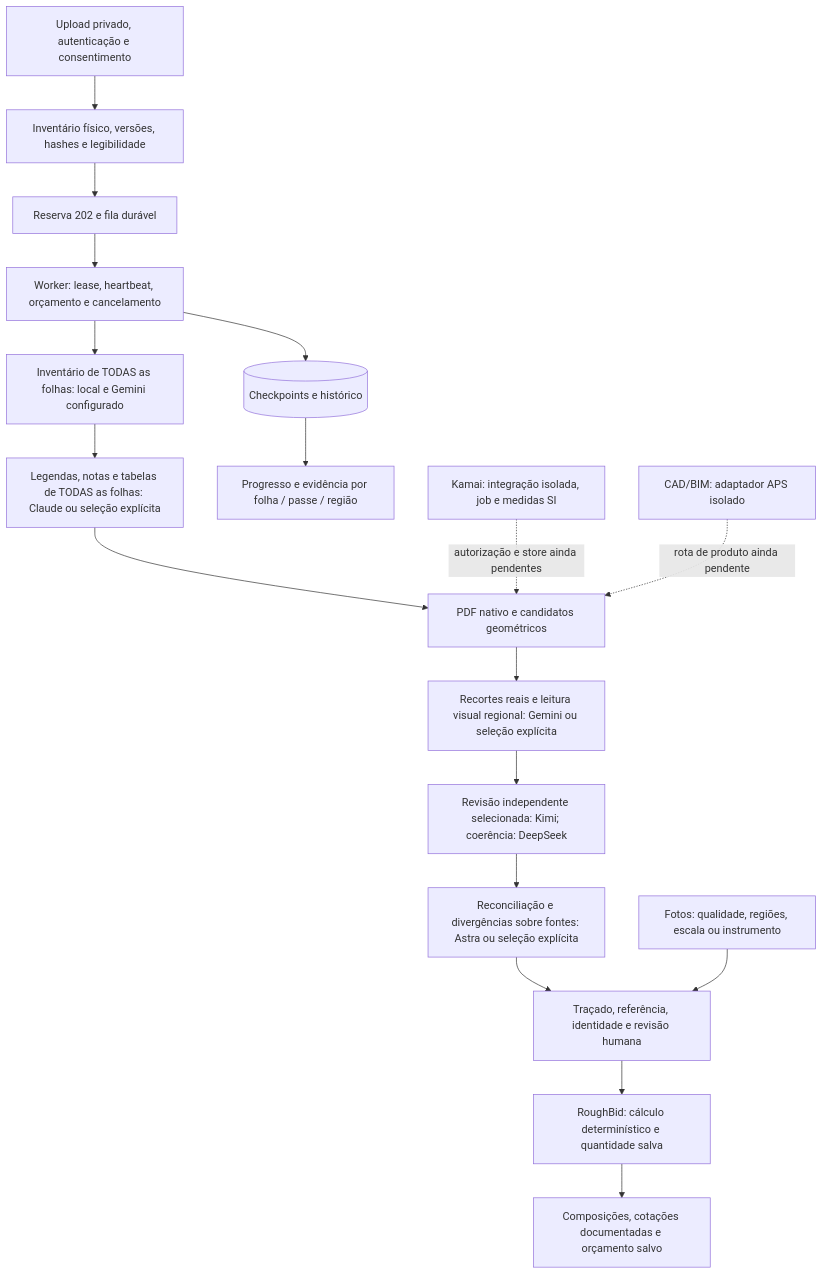
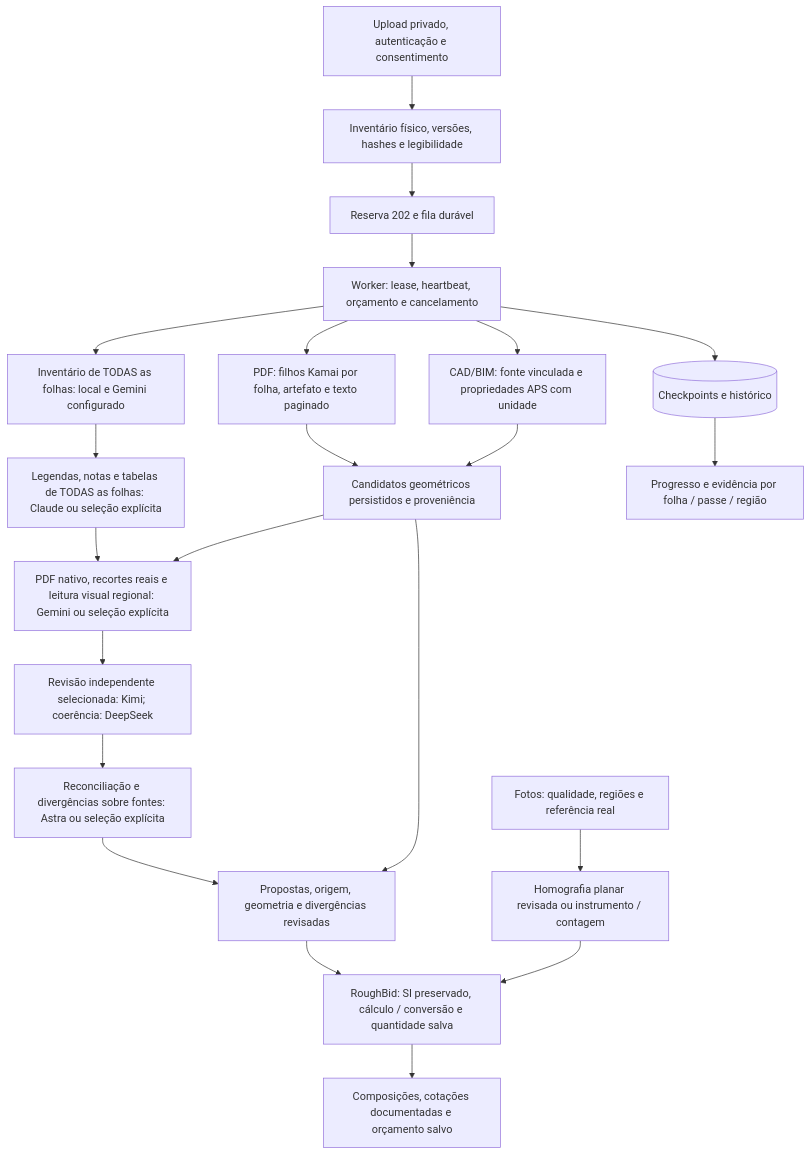
One commit to kauanszpaiva/RoughBid changed the diagram in docs/readiness/roughbid-delivery-2026-10-02.md. Above: the diagram before and after it, drawn with Mermaid. The commit also changed other lines of this file and 63 other files, not shown here.

````diff
--- a/docs/readiness/roughbid-delivery-2026-10-02.md
+++ b/docs/readiness/roughbid-delivery-2026-10-02.md
@@ -18,20 +20,24 @@
 ```mermaid
 flowchart TD
   U[Upload privado, autenticação e consentimento] --> M[Inventário físico, versões, hashes e legibilidade]
   M --> Q[Reserva 202 e fila durável]
   Q --> W[Worker: lease, heartbeat, orçamento e cancelamento]
   W --> I[Inventário de TODAS as folhas: local e Gemini configurado]
   I --> L[Legendas, notas e tabelas de TODAS as folhas: Claude ou seleção explícita]
-  L --> N[PDF nativo e candidatos geométricos]
-  N --> R[Recortes reais e leitura visual regional: Gemini ou seleção explícita]
+  W --> K[PDF: filhos Kamai por folha, artefato e texto paginado]
+  W --> APS[CAD/BIM: fonte vinculada e propriedades APS com unidade]
+  K --> N[Candidatos geométricos persistidos e proveniência]
+  APS --> N
+  L --> R[PDF nativo, recortes reais e leitura visual regional: Gemini ou seleção explícita]
+  N --> R
   R --> V[Revisão independente selecionada: Kimi; coerência: DeepSeek]
   V --> A[Reconciliação e divergências sobre fontes: Astra ou seleção explícita]
-  A --> G[Traçado, referência, identidade e revisão humana]
-  G --> C[RoughBid: cálculo determinístico e quantidade salva]
+  A --> G[Propostas, origem, geometria e divergências revisadas]
+  N --> G
+  G --> C[RoughBid: SI preservado, cálculo / conversão e quantidade salva]
   C --> B[Composições, cotações documentadas e orçamento salvo]
   W --> DB[(Checkpoints e histórico)]
   DB --> UI[Progresso e evidência por folha / passe / região]
-  K[Kamai: integração isolada, job e medidas SI] -. autorização e store ainda pendentes .-> N
-  APS[CAD/BIM: adaptador APS isolado] -. rota de produto ainda pendente .-> N
-  F[Fotos: qualidade, regiões, escala ou instrumento] --> G
+  F[Fotos: qualidade, regiões e referência real] --> H[Homografia planar revisada ou instrumento / contagem]
+  H --> C
 ```
````
